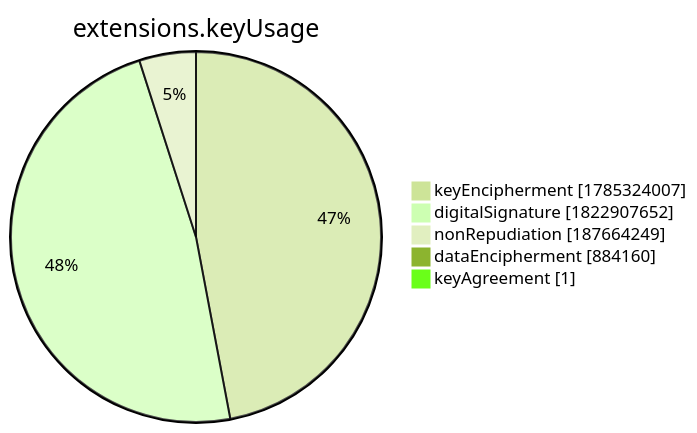
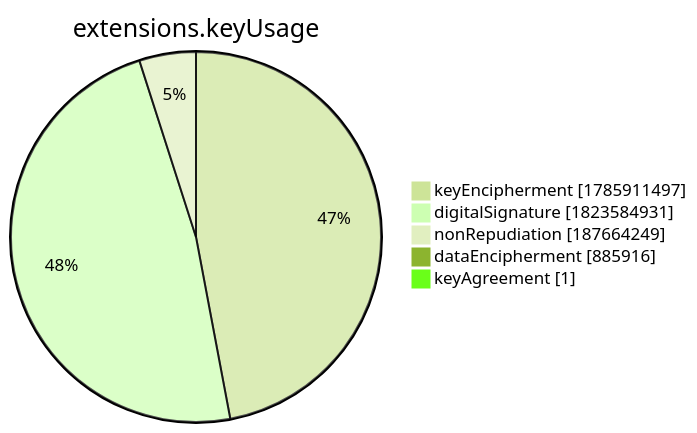
Before and after one commit to christiankrug/ctmonitor_visualization: the seventh of 15 diagrams in xenon2022/README.md, drawn with Mermaid (forest theme). The commit also changed other lines of this file, not shown here.

````diff
--- a/xenon2022/README.md
+++ b/xenon2022/README.md
@@ -2859,9 +2859,9 @@
 ```mermaid
 pie showData
 title extensions.keyUsage
-"keyEncipherment" :1785324007
-"digitalSignature" :1822907652
+"keyEncipherment" :1785911497
+"digitalSignature" :1823584931
 "nonRepudiation" :187664249
-"dataEncipherment" :884160
+"dataEncipherment" :885916
 "keyAgreement" :1
 ```
````
